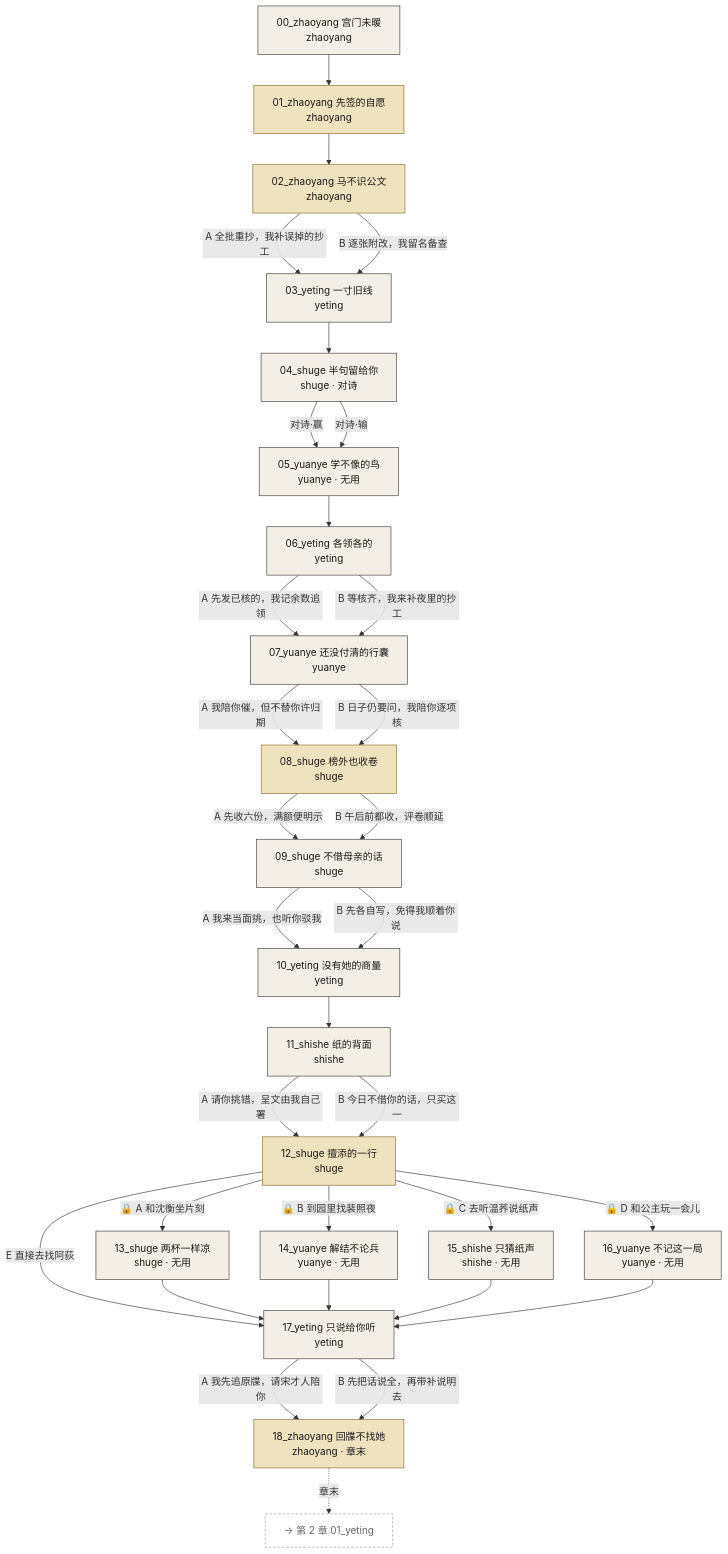
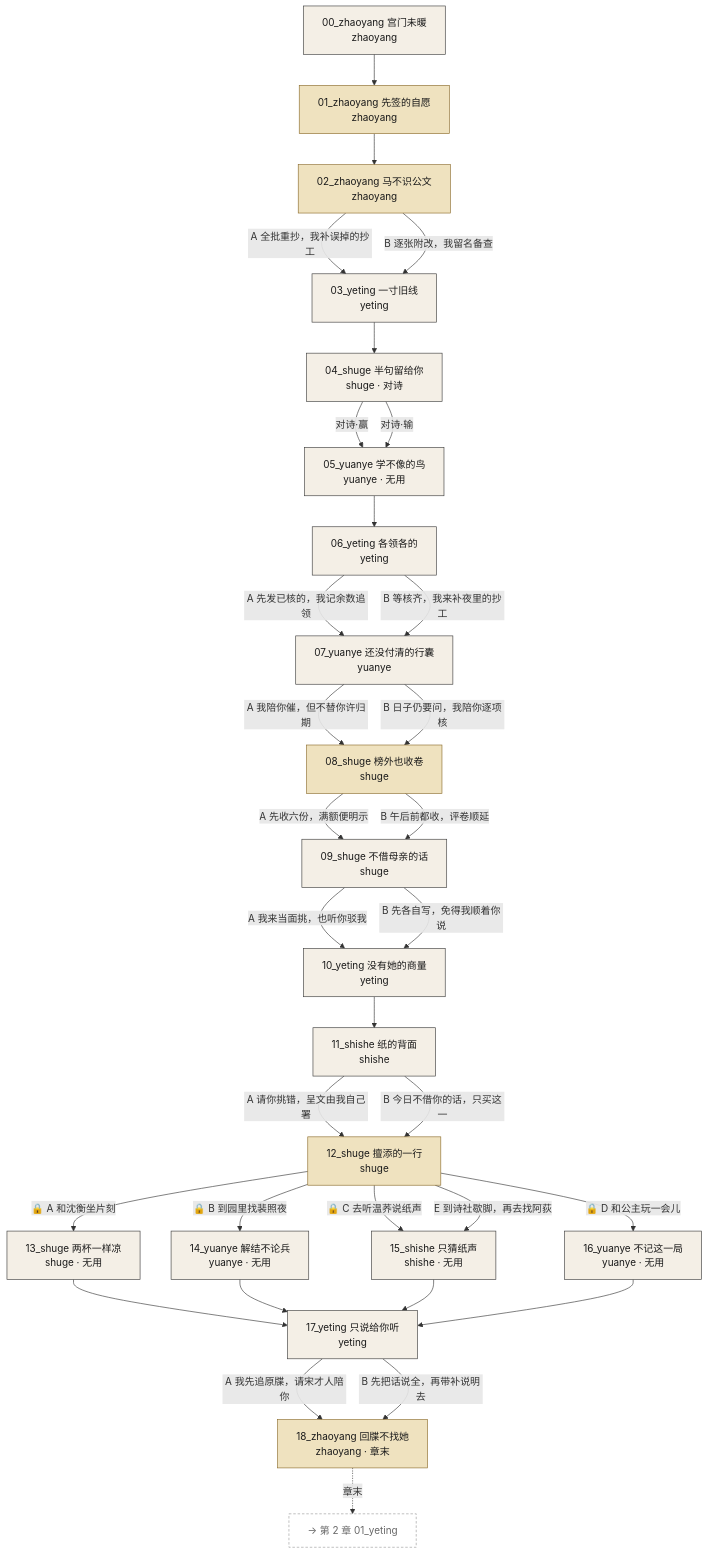
The first of 4 diagrams in docs/story-graph.md (Yidizhu/wuzetian), drawn with Mermaid before and after one commit. The commit also changed 12 other files, not shown here.

First line of the commit message:
D26：C46 正式转换（八处图格、上元兜底）；有图无格；警告闸口；新指纹 243999d4c1e8

````diff
--- a/docs/story-graph.md
+++ b/docs/story-graph.md
@@ -19,58 +19,58 @@
 ```mermaid
 flowchart TD
   classDef ink fill:#f4efe6,stroke:#3a3a3a,color:#1a1a1a
   classDef gold fill:#efe2bf,stroke:#8a6a2a,color:#1a1a1a
   classDef orphan stroke:#b23a2a,stroke-width:3px
   classDef pending fill:#ffffff,stroke:#999,stroke-dasharray:4 3,color:#666
   ch01_s00_zhaoyang["00_zhaoyang 宫门未暖<br/>zhaoyang"]:::ink
   ch01_s01_zhaoyang["01_zhaoyang 先签的自愿<br/>zhaoyang"]:::gold
   ch01_s02_zhaoyang["02_zhaoyang 马不识公文<br/>zhaoyang"]:::gold
   ch01_s03_yeting["03_yeting 一寸旧线<br/>yeting"]:::ink
   ch01_s04_shuge["04_shuge 半句留给你<br/>shuge · 对诗"]:::ink
   ch01_s05_yuanye["05_yuanye 学不像的鸟<br/>yuanye · 无用"]:::ink
   ch01_s06_yeting["06_yeting 各领各的<br/>yeting"]:::ink
   ch01_s07_yuanye["07_yuanye 还没付清的行囊<br/>yuanye"]:::ink
   ch01_s08_shuge["08_shuge 榜外也收卷<br/>shuge"]:::gold
   ch01_s09_shuge["09_shuge 不借母亲的话<br/>shuge"]:::ink
   ch01_s10_yeting["10_yeting 没有她的商量<br/>yeting"]:::ink
   ch01_s11_shishe["11_shishe 纸的背面<br/>shishe"]:::ink
   ch01_s12_shuge["12_shuge 擅添的一行<br/>shuge"]:::gold
   ch01_s13_shuge["13_shuge 两杯一样凉<br/>shuge · 无用"]:::ink
   ch01_s14_yuanye["14_yuanye 解结不论兵<br/>yuanye · 无用"]:::ink
   ch01_s15_shishe["15_shishe 只猜纸声<br/>shishe · 无用"]:::ink
   ch01_s16_yuanye["16_yuanye 不记这一局<br/>yuanye · 无用"]:::ink
   ch01_s17_yeting["17_yeting 只说给你听<br/>yeting"]:::ink
   ch01_s18_zhaoyang["18_zhaoyang 回牒不找她<br/>zhaoyang · 章末"]:::gold
   ch01_s00_zhaoyang --> ch01_s01_zhaoyang
   ch01_s01_zhaoyang --> ch01_s02_zhaoyang
   ch01_s02_zhaoyang -->|"A 全批重抄，我补误掉的抄工"| ch01_s03_yeting
   ch01_s02_zhaoyang -->|"B 逐张附改，我留名备查"| ch01_s03_yeting
   ch01_s03_yeting --> ch01_s04_shuge
   ch01_s04_shuge -->|"对诗·赢"| ch01_s05_yuanye
   ch01_s04_shuge -->|"对诗·输"| ch01_s05_yuanye
   ch01_s05_yuanye --> ch01_s06_yeting
   ch01_s06_yeting -->|"A 先发已核的，我记余数追领"| ch01_s07_yuanye
   ch01_s06_yeting -->|"B 等核齐，我来补夜里的抄工"| ch01_s07_yuanye
   ch01_s07_yuanye -->|"A 我陪你催，但不替你许归期"| ch01_s08_shuge
   ch01_s07_yuanye -->|"B 日子仍要问，我陪你逐项核"| ch01_s08_shuge
   ch01_s08_shuge -->|"A 先收六份，满额便明示"| ch01_s09_shuge
   ch01_s08_shuge -->|"B 午后前都收，评卷顺延"| ch01_s09_shuge
   ch01_s09_shuge -->|"A 我来当面挑，也听你驳我"| ch01_s10_yeting
   ch01_s09_shuge -->|"B 先各自写，免得我顺着你说"| ch01_s10_yeting
   ch01_s10_yeting --> ch01_s11_shishe
   ch01_s11_shishe -->|"A 请你挑错，呈文由我自己署"| ch01_s12_shuge
   ch01_s11_shishe -->|"B 今日不借你的话，只买这一"| ch01_s12_shuge
   ch01_s12_shuge -->|"🔒 A 和沈衡坐片刻"| ch01_s13_shuge
   ch01_s12_shuge -->|"🔒 B 到园里找裴照夜"| ch01_s14_yuanye
   ch01_s12_shuge -->|"🔒 C 去听温荞说纸声"| ch01_s15_shishe
   ch01_s12_shuge -->|"🔒 D 和公主玩一会儿"| ch01_s16_yuanye
-  ch01_s12_shuge -->|"E 直接去找阿荻"| ch01_s17_yeting
+  ch01_s12_shuge -->|"E 到诗社歇脚，再去找阿荻"| ch01_s15_shishe
   ch01_s13_shuge --> ch01_s17_yeting
   ch01_s14_yuanye --> ch01_s17_yeting
   ch01_s15_shishe --> ch01_s17_yeting
   ch01_s16_yuanye --> ch01_s17_yeting
   ch01_s17_yeting -->|"A 我先追原牒，请宋才人陪你"| ch01_s18_zhaoyang
   ch01_s17_yeting -->|"B 先把话说全，再带补说明去"| ch01_s18_zhaoyang
   ch01_s18_zhaoyang -.->|"章末"| ch02_s01_yeting
   ch02_s01_yeting["→ 第 2 章 01_yeting"]:::pending
 ```
````
